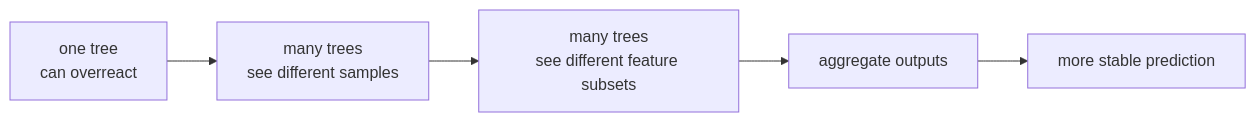
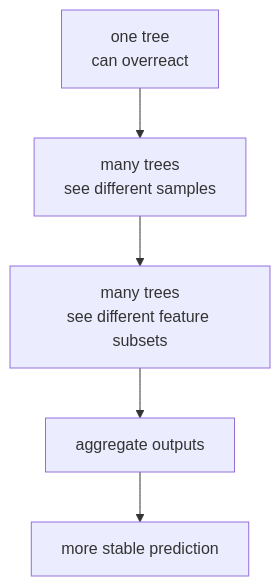
Before and after one commit to devchan64/AiBook: the second of 2 diagrams in docs/parts/part-03/chapter-15/section-01.md, drawn with Mermaid. The commit also changed other lines of this file and 62 other files, not shown here.

````diff
--- a/docs/parts/part-03/chapter-15/section-01.md
+++ b/docs/parts/part-03/chapter-15/section-01.md
@@ -171,10 +171,13 @@
 ```mermaid
-flowchart LR
+flowchart TB
   A["one tree<br/>can overreact"]
   B["many trees<br/>see different samples"]
   C["many trees<br/>see different feature subsets"]
   D["aggregate outputs"]
   E["more stable prediction"]
 
-  A --> B --> C --> D --> E
+  A --> B
+  B --> C
+  C --> D
+  D --> E
 ```
````
